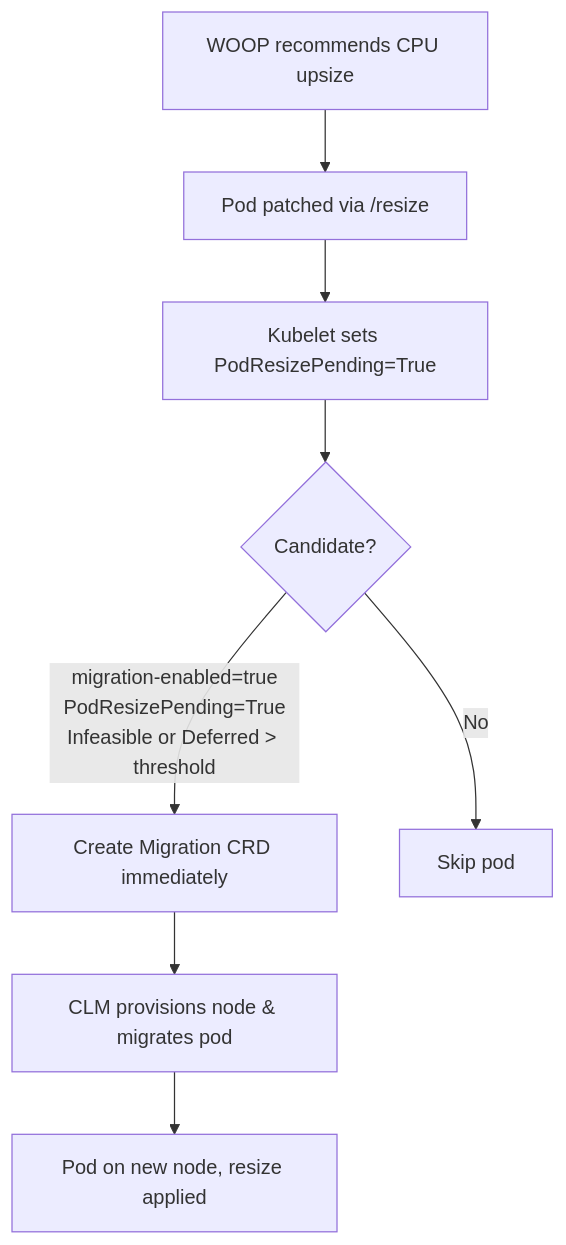
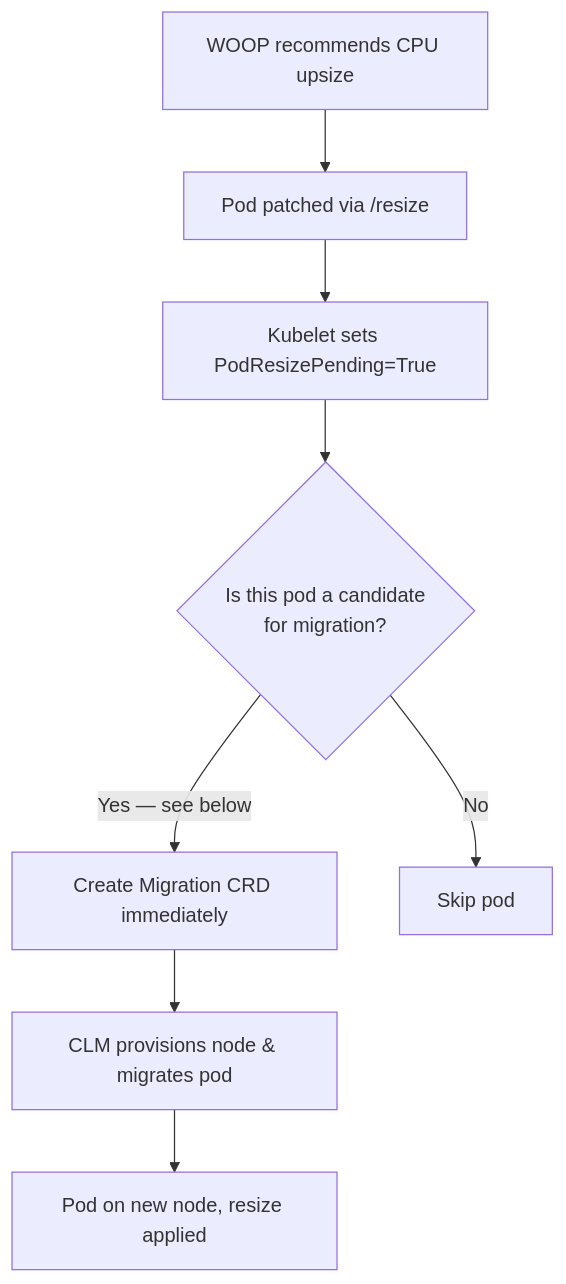
Before and after one commit to ronakforcast/castai-workload-resize-migrator: the diagram in README.md, drawn with Mermaid. The commit also changed other lines of this file, not shown here.

Commit message:
Explain candidate selection in plain English in README

````diff
--- a/README.md
+++ b/README.md
@@ -31,10 +31,11 @@
 ```mermaid
 flowchart TD
     WOOP[WOOP recommends CPU upsize] --> Pod[Pod patched via /resize]
     Pod --> Kubelet[Kubelet sets PodResizePending=True]
-    Kubelet --> Candidate{Candidate?}
-    Candidate -->|migration-enabled=true<br/>PodResizePending=True<br/>Infeasible or Deferred > threshold| Create[Create Migration CRD immediately]
+    Kubelet --> Candidate{Is this pod a candidate
+for migration?}
+    Candidate -->|Yes — see below| Create[Create Migration CRD immediately]
     Candidate -->|No| Skip[Skip pod]
     Create --> CLM[CLM provisions node & migrates pod]
     CLM --> Done[Pod on new node, resize applied]
 ```
````
